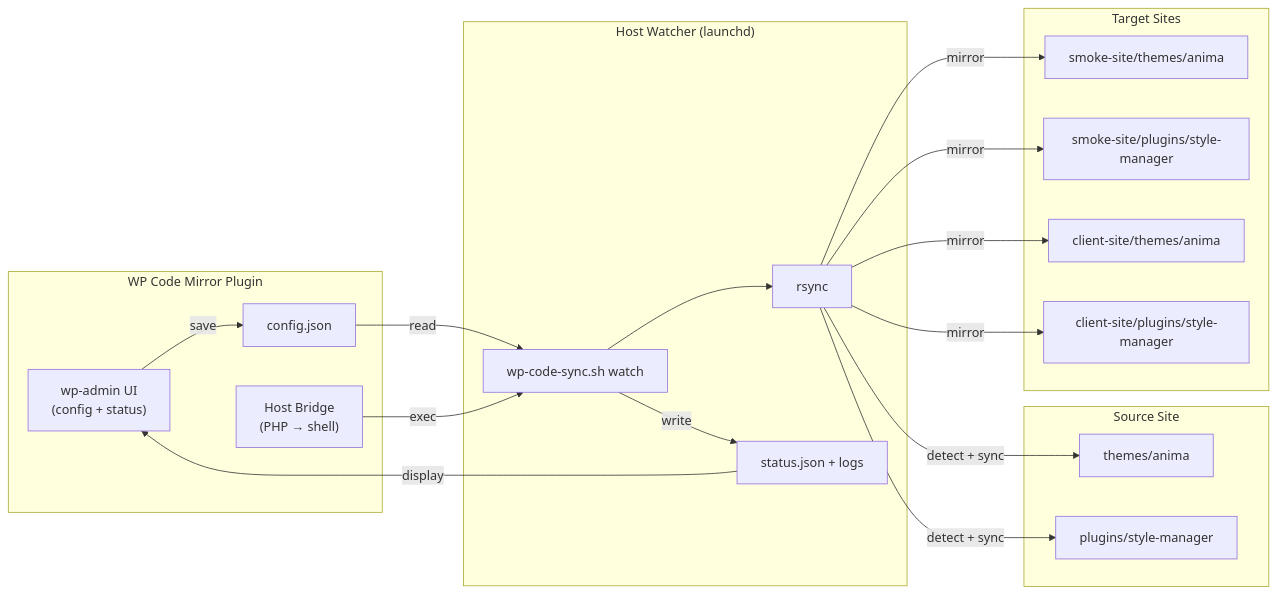
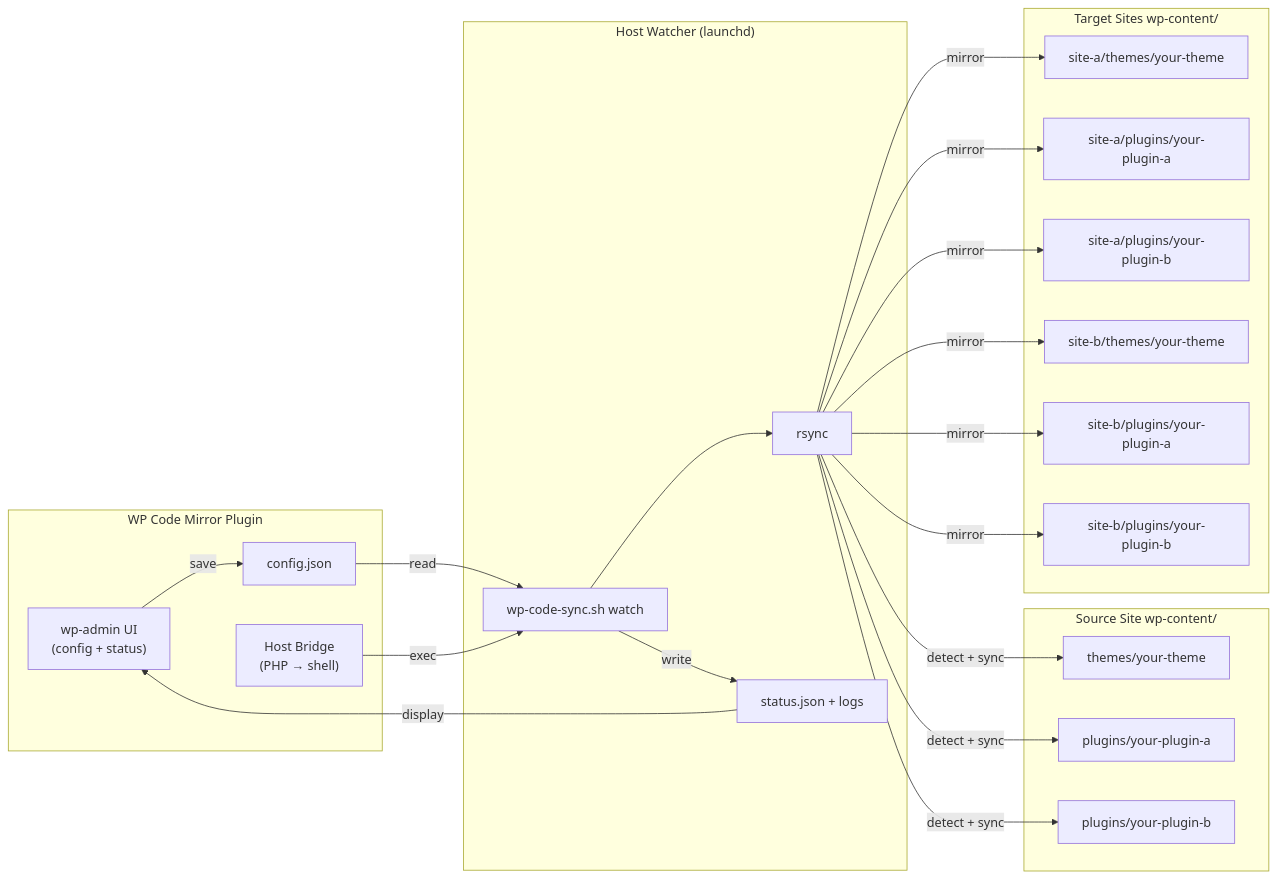
Before and after one commit to georgeolaru/wp-code-mirror: the second of 2 diagrams in README.md, drawn with Mermaid. The commit also changed other lines of this file, not shown here.

Commit message:
docs: clarify diagrams show theme/plugin code, not full sites

````diff
--- a/README.md
+++ b/README.md
@@ -88,35 +88,38 @@
 ```mermaid
 flowchart LR
-    subgraph SOURCE["Source Site"]
-        S_Theme["themes/anima"]
-        S_Plugin["plugins/style-manager"]
+    subgraph SOURCE["Source Site wp-content/"]
+        S_Theme["themes/your-theme"]
+        S_Plugin1["plugins/your-plugin-a"]
+        S_Plugin2["plugins/your-plugin-b"]
     end
 
     subgraph PLUGIN["WP Code Mirror Plugin"]
         Admin["wp-admin UI\n(config + status)"]
         Config["config.json"]
         Bridge["Host Bridge\n(PHP → shell)"]
     end
 
     subgraph SERVICE["Host Watcher (launchd)"]
         Watcher["wp-code-sync.sh watch"]
         Rsync["rsync"]
         Status["status.json + logs"]
     end
 
-    subgraph TARGETS["Target Sites"]
-        T1_Theme["smoke-site/themes/anima"]
-        T1_Plugin["smoke-site/plugins/style-manager"]
-        T2_Theme["client-site/themes/anima"]
-        T2_Plugin["client-site/plugins/style-manager"]
+    subgraph TARGETS["Target Sites wp-content/"]
+        T1_Theme["site-a/themes/your-theme"]
+        T1_Plugin1["site-a/plugins/your-plugin-a"]
+        T1_Plugin2["site-a/plugins/your-plugin-b"]
+        T2_Theme["site-b/themes/your-theme"]
+        T2_Plugin1["site-b/plugins/your-plugin-a"]
+        T2_Plugin2["site-b/plugins/your-plugin-b"]
     end
 
     Admin -->|save| Config
     Config -->|read| Watcher
     Bridge -->|exec| Watcher
     Watcher --> Rsync
-    Rsync -->|detect + sync| S_Theme & S_Plugin
-    Rsync -->|mirror| T1_Theme & T1_Plugin & T2_Theme & T2_Plugin
+    Rsync -->|detect + sync| S_Theme & S_Plugin1 & S_Plugin2
+    Rsync -->|mirror| T1_Theme & T1_Plugin1 & T1_Plugin2 & T2_Theme & T2_Plugin1 & T2_Plugin2
     Watcher -->|write| Status
     Status -->|display| Admin
 ```
````
